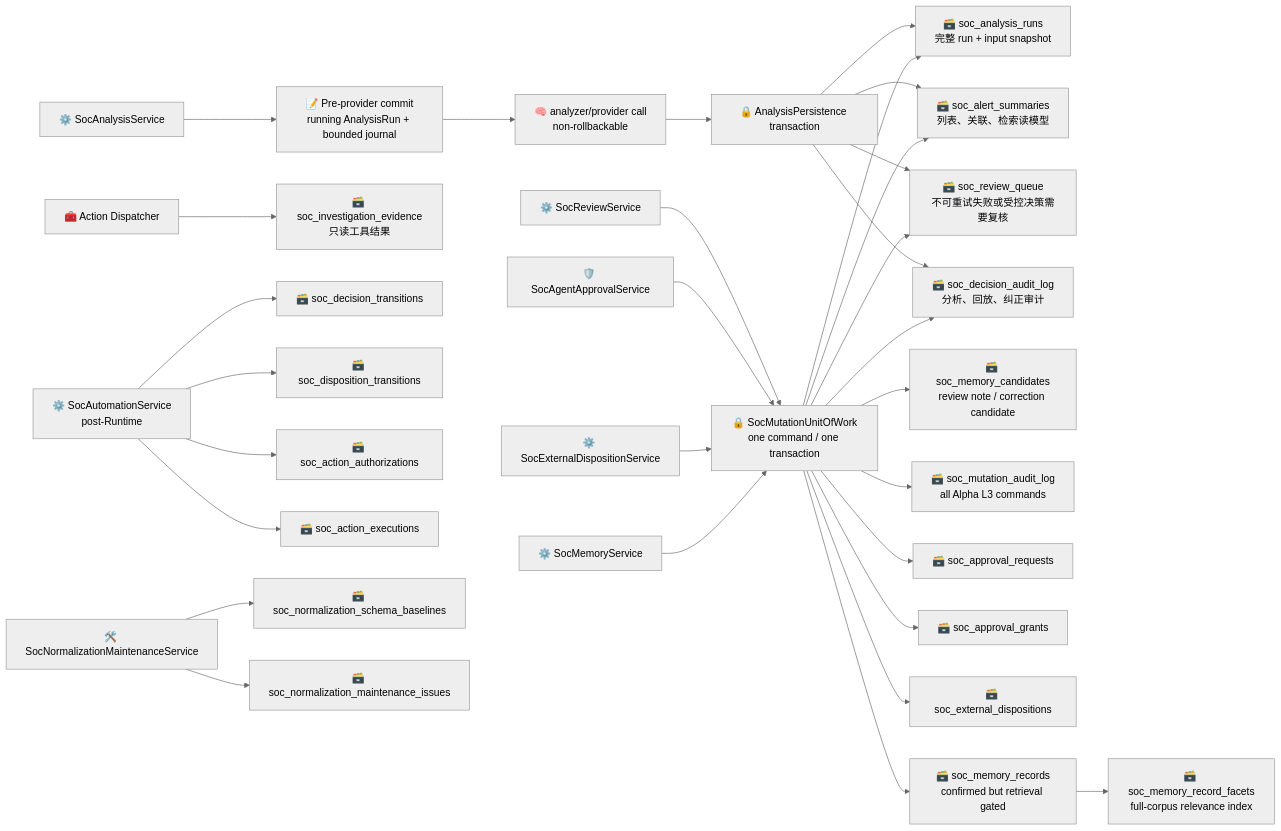
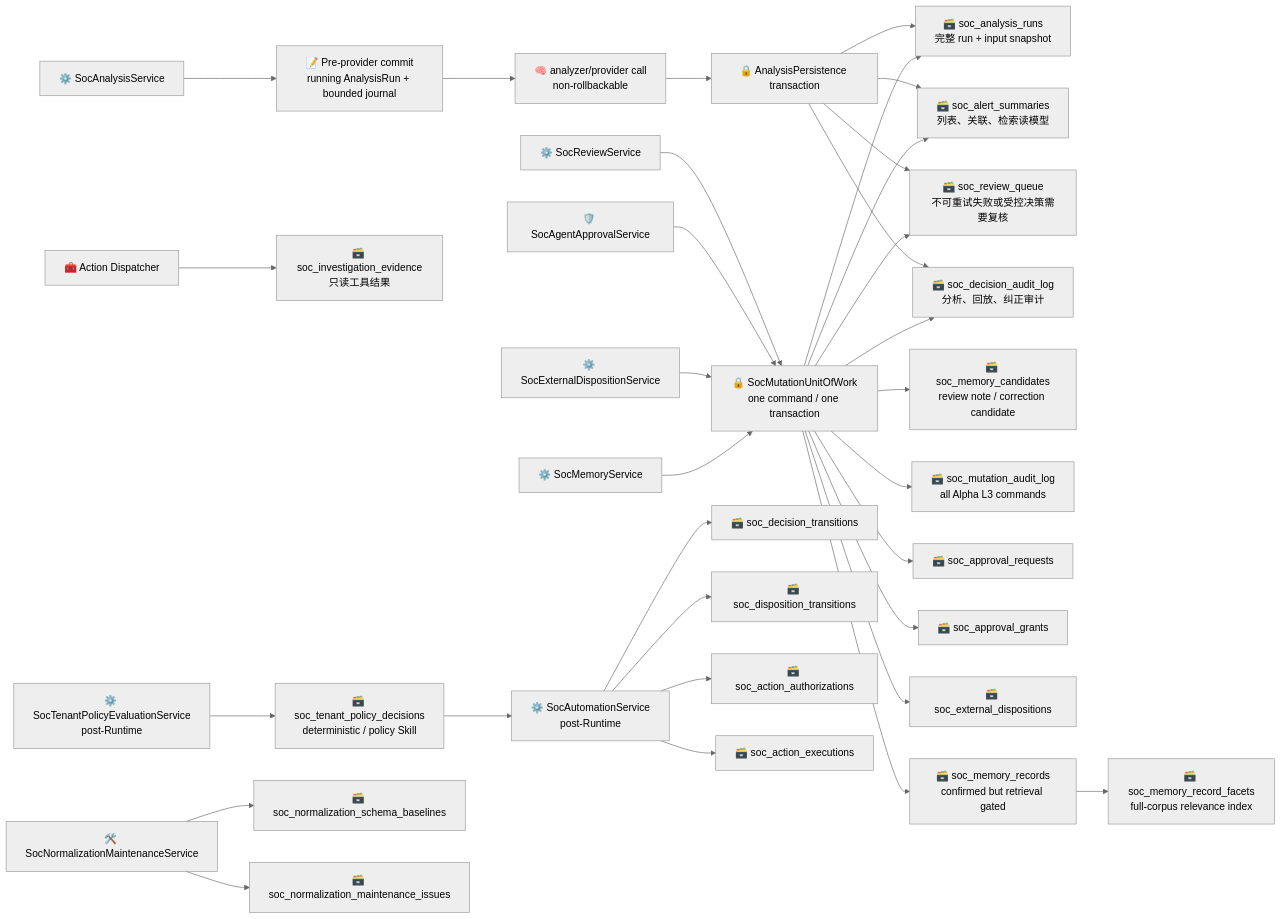
The sixth of 23 diagrams in .notes/ai_soc/alert-lifecycle-flow.md (yydspanda/deer-flow), drawn with Mermaid (neutral theme) before and after one commit. The commit also changed other lines of this file and 39 other files, not shown here.

Commit message:
feat(soc): govern tenant policy decision stages

````diff
--- a/.notes/ai_soc/alert-lifecycle-flow.md
+++ b/.notes/ai_soc/alert-lifecycle-flow.md
@@ -352,34 +371,36 @@
 ```mermaid
 flowchart LR
     A["⚙️ SocAnalysisService"] --> PJ["📝 Pre-provider commit<br/>running AnalysisRun + bounded journal"]
     PJ --> LLM["🧠 analyzer/provider call<br/>non-rollbackable"]
     LLM --> TX["🔒 AnalysisPersistence transaction"]
     TX --> B["🗃️ soc_analysis_runs<br/>完整 run + input snapshot"]
     TX --> C["🗃️ soc_alert_summaries<br/>列表、关联、检索读模型"]
     TX --> D["🗃️ soc_review_queue<br/>不可重试失败或受控决策需要复核"]
     TX --> E["🗃️ soc_decision_audit_log<br/>分析、回放、纠正审计"]
 
     F["⚙️ SocReviewService"] --> MTX["🔒 SocMutationUnitOfWork<br/>one command / one transaction"]
     MTX --> D
     MTX --> B
     MTX --> C
     MTX --> E
     MTX --> G["🗃️ soc_memory_candidates<br/>review note / correction candidate"]
     MTX --> MA["🗃️ soc_mutation_audit_log<br/>all Alpha L3 commands"]
 
     H["🧰 Action Dispatcher"] --> I["🗃️ soc_investigation_evidence<br/>只读工具结果"]
     J["🛡️ SocAgentApprovalService"] --> MTX
     MTX --> K["🗃️ soc_approval_requests"]
     MTX --> L["🗃️ soc_approval_grants"]
     M["⚙️ SocExternalDispositionService"] --> MTX
     MTX --> N["🗃️ soc_external_dispositions"]
     O["⚙️ SocMemoryService"] --> MTX
     MTX --> P["🗃️ soc_memory_records<br/>confirmed but retrieval gated"]
     P --> PF["🗃️ soc_memory_record_facets<br/>full-corpus relevance index"]
+    TP["⚙️ SocTenantPolicyEvaluationService<br/>post-Runtime"] --> TPD["🗃️ soc_tenant_policy_decisions<br/>deterministic / policy Skill"]
+    TPD --> AT
     AT["⚙️ SocAutomationService<br/>post-Runtime"] --> DT["🗃️ soc_decision_transitions"]
     AT --> DS["🗃️ soc_disposition_transitions"]
     AT --> AA["🗃️ soc_action_authorizations"]
     AT --> AX["🗃️ soc_action_executions"]
     Q["🛠️ SocNormalizationMaintenanceService"] --> R["🗃️ soc_normalization_schema_baselines"]
     Q --> S["🗃️ soc_normalization_maintenance_issues"]
 ```
````
